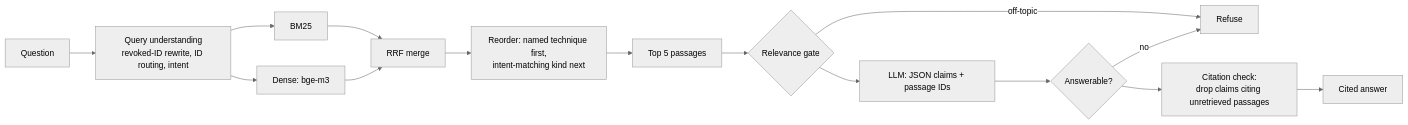
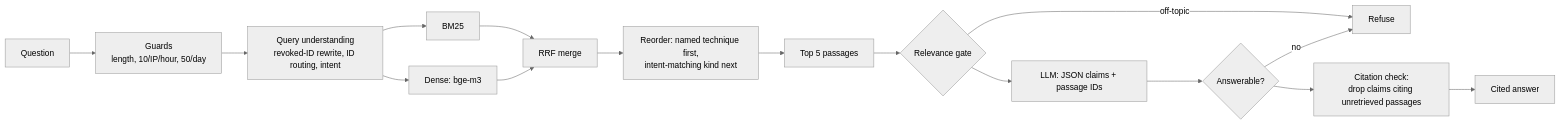
One commit to Marklu0509/threat-intel-rag changed the second of 3 diagrams in README.md. Above: the diagram before and after it, drawn with Mermaid (neutral theme). The commit also changed other lines of this file, not shown here.

Commit message:
docs: README architecture section with system overview and question flow; link to .omm

````diff
--- a/README.md
+++ b/README.md
@@ -52,14 +69,15 @@
 ```mermaid
 flowchart LR
-    Q[Question] --> P[Query understanding<br/>revoked-ID rewrite, ID routing, intent]
+    Q[Question] --> GU["Guards<br/>length, 10/IP/hour, 50/day"]
+    GU --> P[Query understanding<br/>revoked-ID rewrite, ID routing, intent]
     P --> B[BM25] & D[Dense: bge-m3]
     B --> F[RRF merge]
     D --> F
     F --> R[Reorder: named technique first,<br/>intent-matching kind next] --> K[Top 5 passages]
     K --> G2{Relevance gate}
     G2 -- off-topic --> X[Refuse]
     G2 --> L[LLM: JSON claims + passage IDs]
     L --> G3{Answerable?}
     G3 -- no --> X
     G3 --> C[Citation check:<br/>drop claims citing unretrieved passages] --> A[Cited answer]
 ```
````
